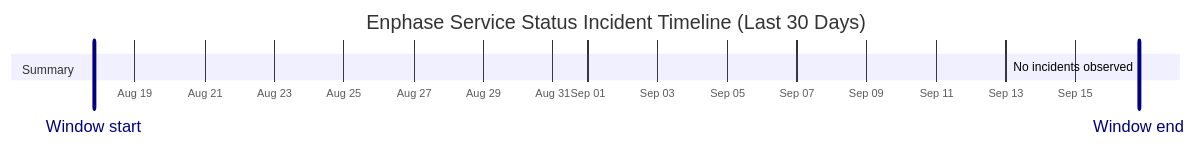
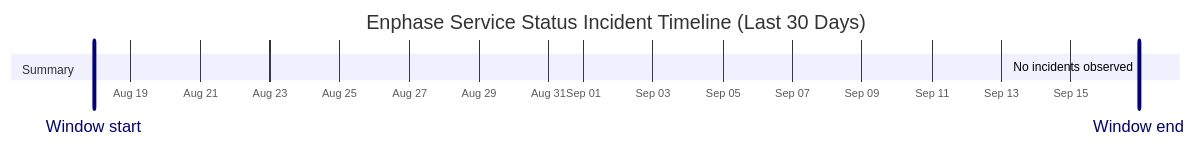
The diagram in wiki/Service-Status-History.md (barneyonline/ha-enphase-energy), drawn with Mermaid before and after one commit. The commit also changed other lines of this file and 3 other files, not shown here.

````diff
--- a/wiki/Service-Status-History.md
+++ b/wiki/Service-Status-History.md
@@ -14,10 +14,10 @@
 ```mermaid
 gantt
     title Enphase Service Status Incident Timeline (Last 30 Days)
     dateFormat  YYYY-MM-DDTHH:mm:ss
     axisFormat  %b %d
-    Window start :vert, window-start, 2026-08-17T19:37:57, 0ms
-    Window end :vert, window-end, 2026-09-16T19:37:57, 0ms
+    Window start :vert, window-start, 2026-08-17T22:39:00, 0ms
+    Window end :vert, window-end, 2026-09-16T22:39:00, 0ms
     section Summary
-    No incidents observed :done, 2026-09-16T19:37:57, 1m
+    No incidents observed :done, 2026-09-16T22:39:00, 1m
 ```
````
